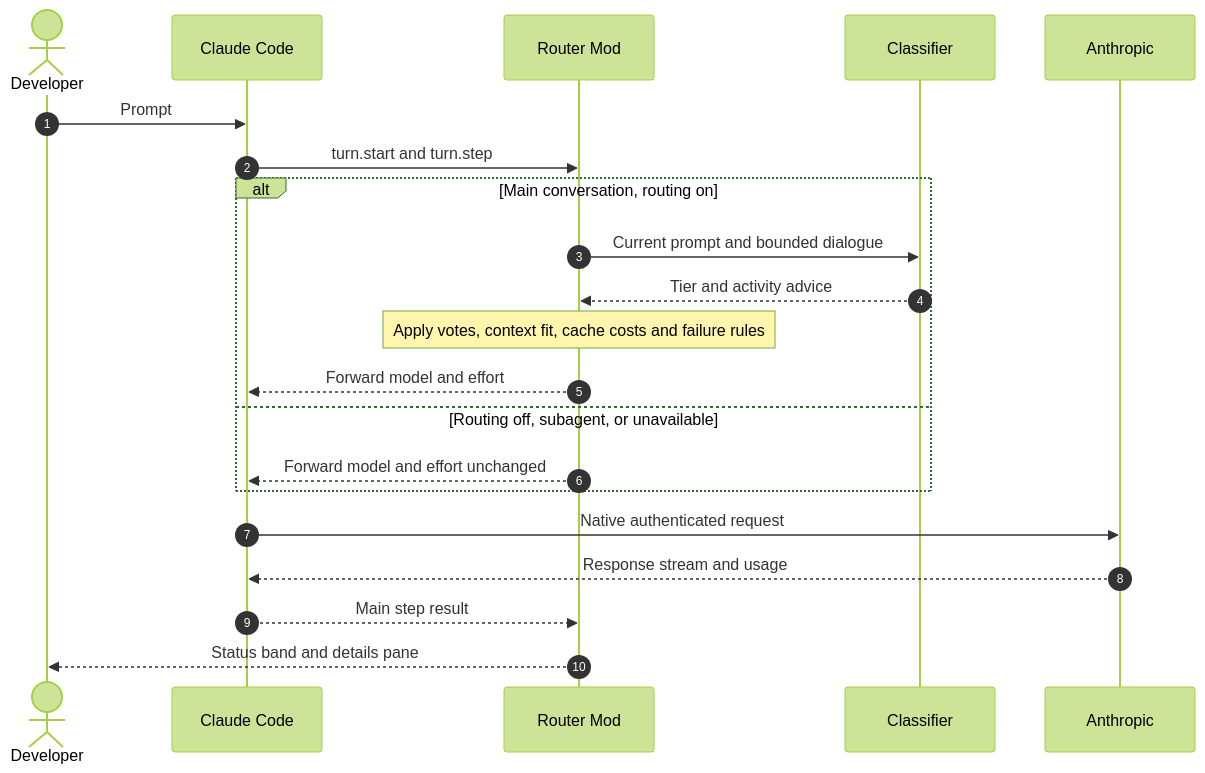
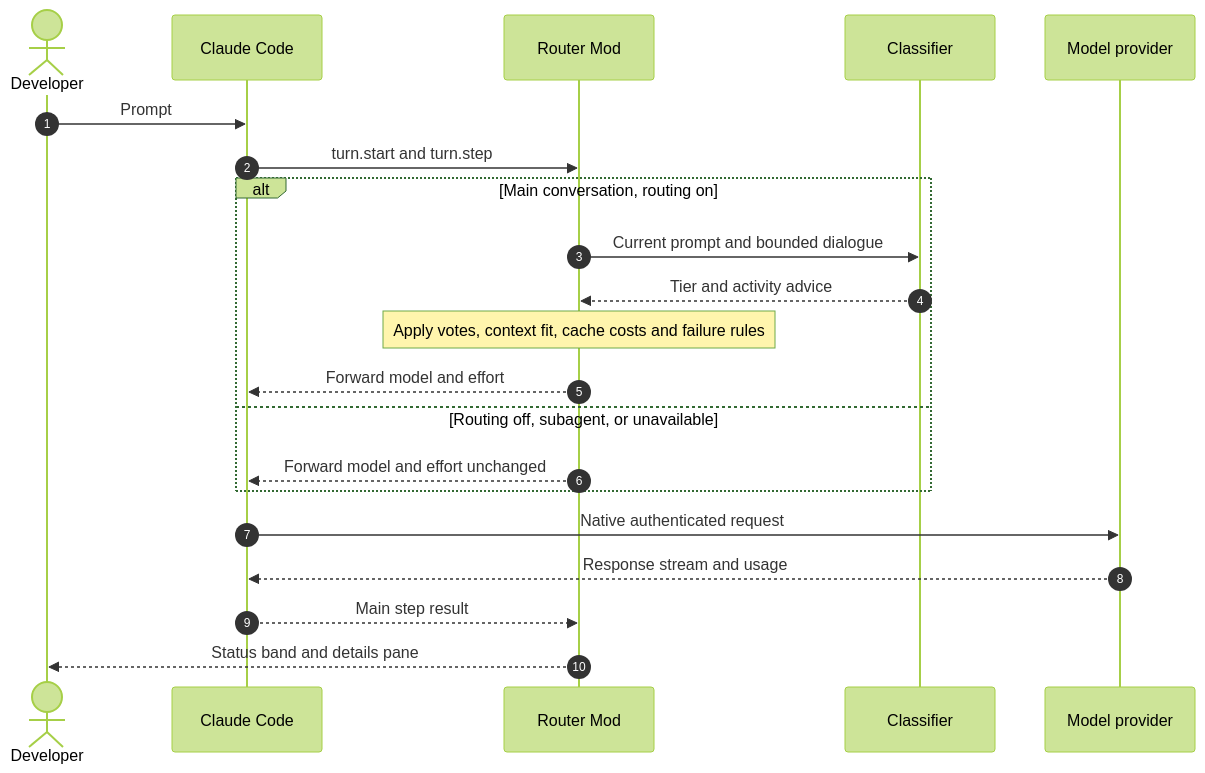
The diagram in docs/architecture.md (alexei-led/claude-router), drawn with Mermaid (forest theme) before and after one commit. The commit also changed other lines of this file and 31 other files, not shown here.

````diff
--- a/docs/architecture.md
+++ b/docs/architecture.md
@@ -7,23 +7,23 @@
 ```mermaid
 sequenceDiagram
     autonumber
     actor Dev as Developer
     participant Code as Claude Code
     participant Mod as Router Mod
     participant Cls as Classifier
-    participant API as Anthropic
+    participant API as Model provider
     Dev->>Code: Prompt
     Code->>Mod: turn.start and turn.step
     alt Main conversation, routing on
         Mod->>Cls: Current prompt and bounded dialogue
         Cls-->>Mod: Tier and activity advice
         Note over Mod: Apply votes, context fit, cache costs and failure rules
         Mod-->>Code: Forward model and effort
     else Routing off, subagent, or unavailable
         Mod-->>Code: Forward model and effort unchanged
     end
     Code->>API: Native authenticated request
     API-->>Code: Response stream and usage
     Code-->>Mod: Main step result
     Mod-->>Dev: Status band and details pane
 ```
````
